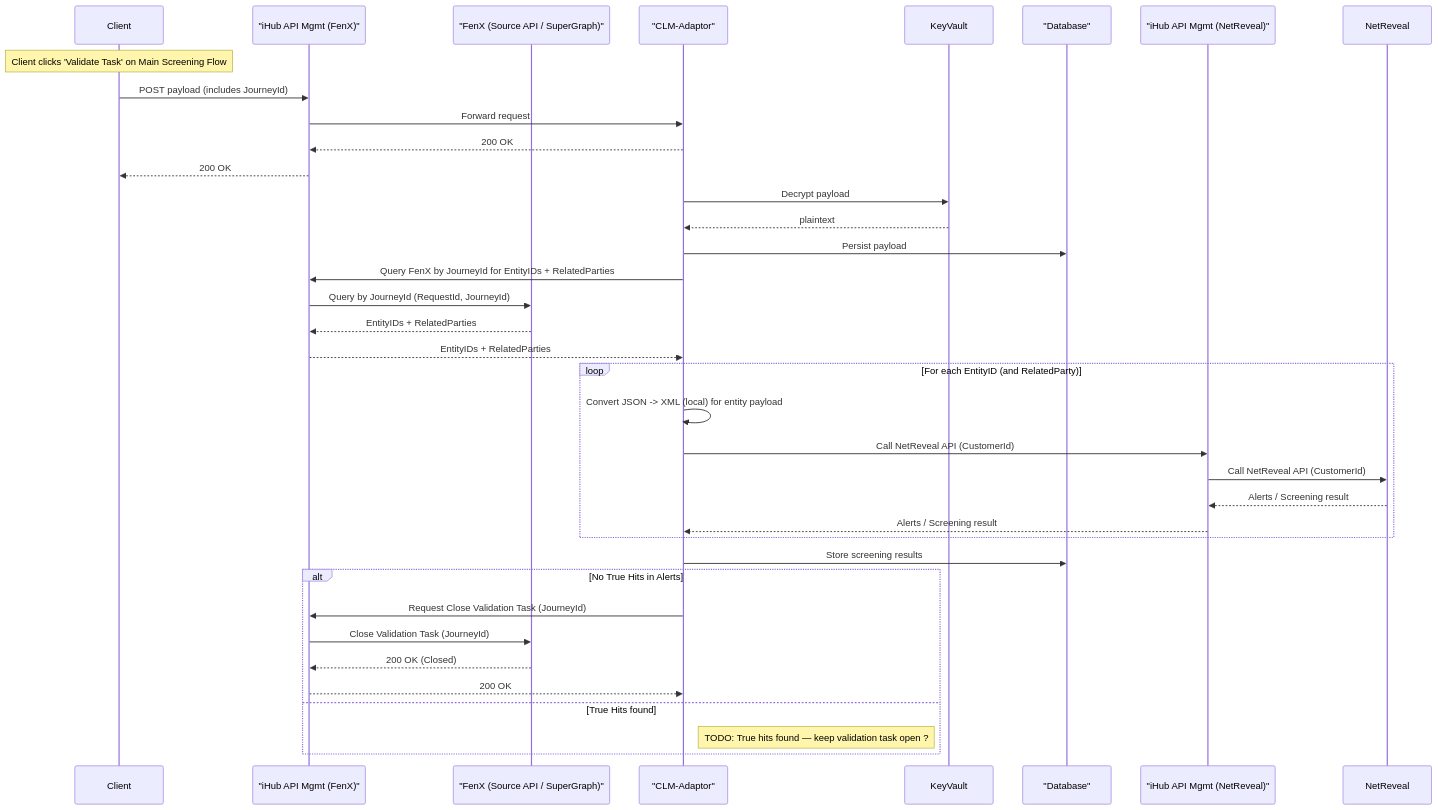
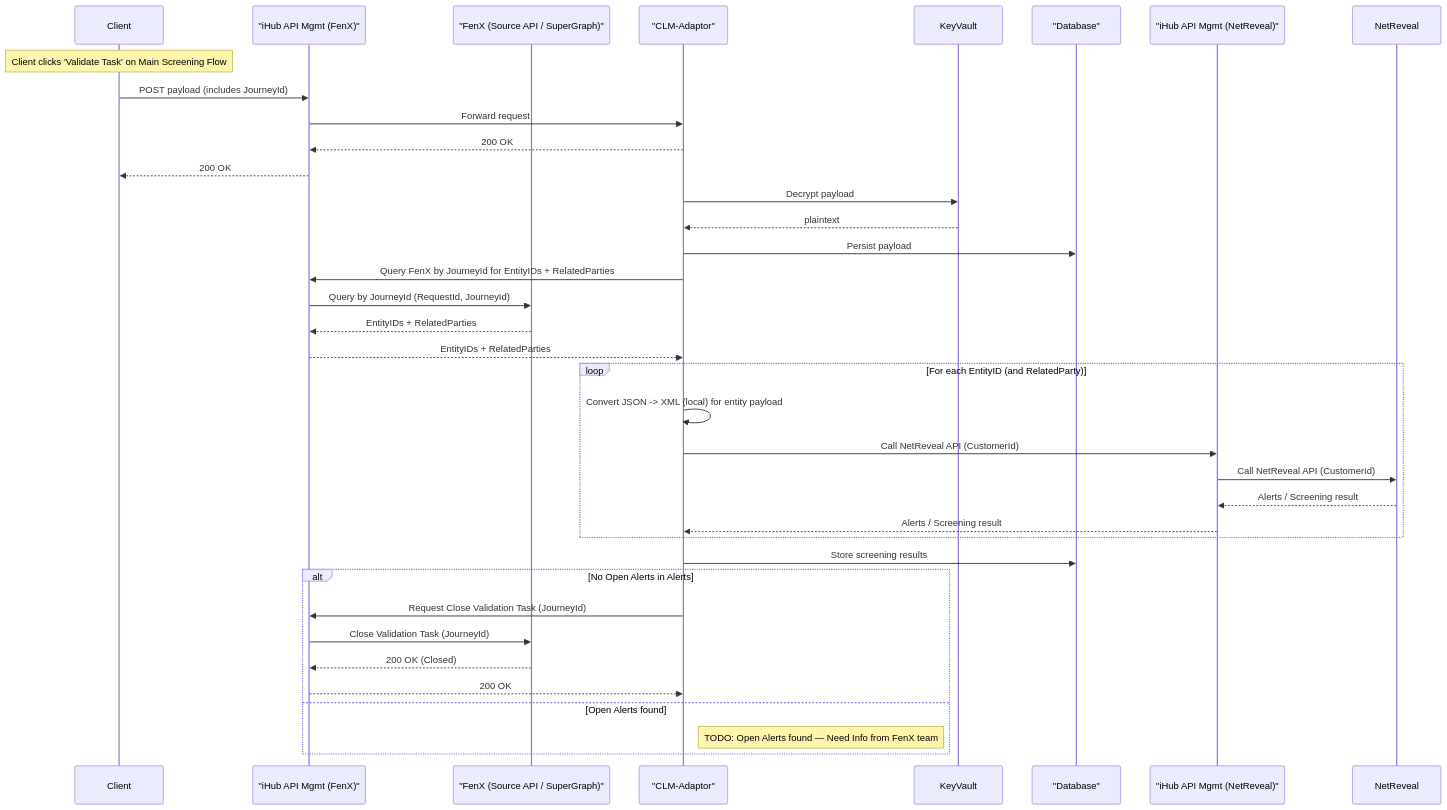
The diagram in Arch_Diagrams/validateflow-sequence.mmd (jojokoshy/Architecture_Diagrams_Python_AI), drawn with Mermaid before and after one commit. The commit also changed 8 other files, not shown here.

```diff
--- a/Arch_Diagrams/validateflow-sequence.mmd
+++ b/Arch_Diagrams/validateflow-sequence.mmd
@@ -1,50 +1,51 @@
 sequenceDiagram
   %% Participants left-to-right for readability
   participant Client
   participant iHubIn as "iHub API Mgmt (FenX)"
   participant FenX as "FenX (Source API / SuperGraph)"
   participant CLMAdaptor as "CLM-Adaptor"
   participant KeyVault
   participant DB as "Database"
   participant iHubOut as "iHub API Mgmt (NetReveal)"
   participant NetReveal
 
   %% Receive payload with JourneyId
   Note over Client: Client clicks 'Validate Task' on Main Screening Flow
   Client->>iHubIn: POST payload (includes JourneyId)
   iHubIn->>CLMAdaptor: Forward request
   CLMAdaptor-->>iHubIn: 200 OK
   iHubIn-->>Client: 200 OK
 
   %% Decrypt and persist
   CLMAdaptor->>KeyVault: Decrypt payload
   KeyVault-->>CLMAdaptor: plaintext
   CLMAdaptor->>DB: Persist payload
 
   %% Query FenX for EntityIDs and Related Parties using JourneyId
   CLMAdaptor->>iHubIn: Query FenX by JourneyId for EntityIDs + RelatedParties
   iHubIn->>FenX: Query by JourneyId (RequestId, JourneyId)
   FenX-->>iHubIn: EntityIDs + RelatedParties
   iHubIn-->>CLMAdaptor: EntityIDs + RelatedParties
 
  
 
   %% Loop per Entity -> convert JSON->XML locally, then call NetReveal by CustomerId
   loop For each EntityID (and RelatedParty)
     CLMAdaptor->>CLMAdaptor: Convert JSON -> XML (local) for entity payload
     CLMAdaptor->>iHubOut: Call NetReveal API (CustomerId)
     iHubOut->>NetReveal: Call NetReveal API (CustomerId)
     NetReveal-->>iHubOut: Alerts / Screening result
     iHubOut-->>CLMAdaptor: Alerts / Screening result
   end
 
   CLMAdaptor->>DB: Store screening results
 
-  alt No True Hits in Alerts
+  alt No Open Alerts in Alerts
     CLMAdaptor->>iHubIn: Request Close Validation Task (JourneyId)
     iHubIn->>FenX: Close Validation Task (JourneyId)
     FenX-->>iHubIn: 200 OK (Closed)
     iHubIn-->>CLMAdaptor: 200 OK
-  else True Hits found
-    Note right of CLMAdaptor: TODO: True hits found — keep validation task open ?
+  else Open Alerts found
+    Note right of CLMAdaptor: TODO: Open Alerts found — Need Info from FenX team  
+  
   end
```
